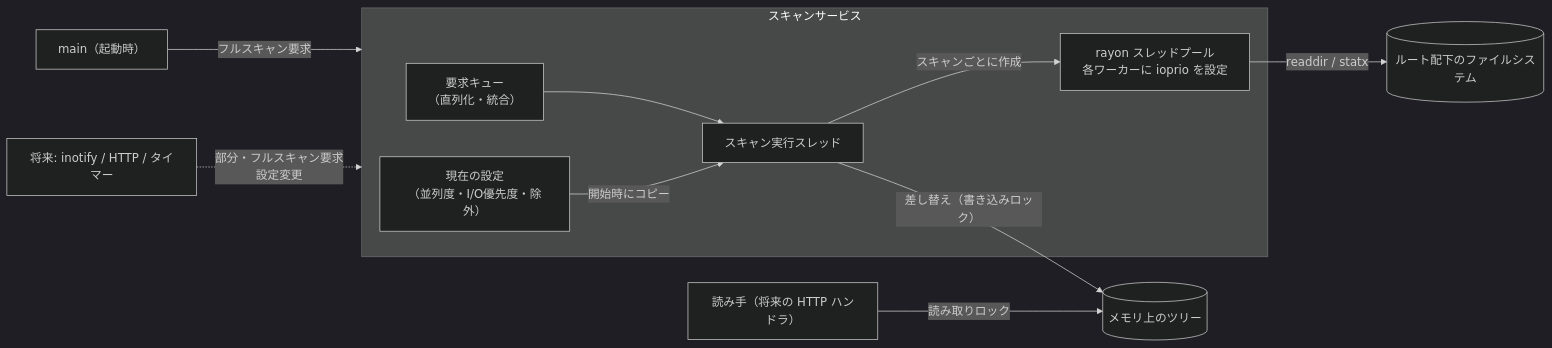
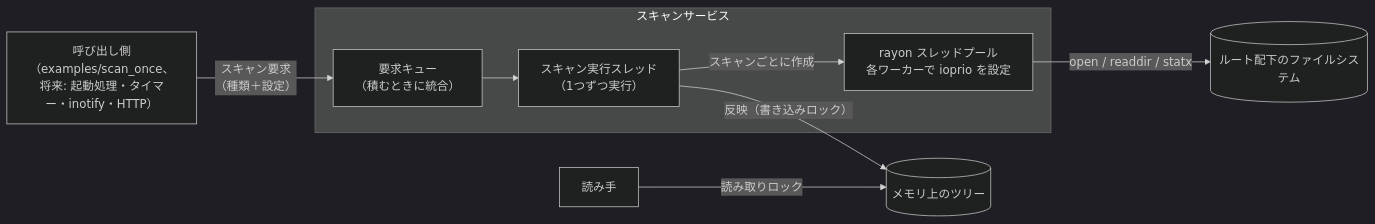
Before and after one commit to yumetodo/suminoe_file_server: the first of 3 diagrams in doc/design/20261101_dir_scan_design.md, drawn with Mermaid (dark theme). The commit also changed other lines of this file, not shown here.

````diff
--- a/doc/design/20261101_dir_scan_design.md
+++ b/doc/design/20261101_dir_scan_design.md
@@ -69,13 +74,11 @@
 ```mermaid
 flowchart LR
-    main["main（起動時）"] -->|フルスキャン要求| svc
-    future["将来: inotify / HTTP / タイマー"] -.->|部分・フルスキャン要求<br>設定変更| svc
+    caller["呼び出し側<br>（examples/scan_once、将来: 起動処理・タイマー・inotify・HTTP）"] -->|スキャン要求<br>（種類＋設定）| q
     subgraph svc["スキャンサービス"]
-        q["要求キュー<br>（直列化・統合）"] --> runner["スキャン実行スレッド"]
-        settings["現在の設定<br>（並列度・I/O優先度・除外）"] -->|開始時にコピー| runner
-        runner -->|スキャンごとに作成| pool["rayon スレッドプール<br>各ワーカーに ioprio を設定"]
+        q["要求キュー<br>（積むときに統合）"] --> runner["スキャン実行スレッド<br>（1つずつ実行）"]
+        runner -->|スキャンごとに作成| pool["rayon スレッドプール<br>各ワーカーで ioprio を設定"]
     end
-    pool -->|readdir / statx| fs[("ルート配下のファイルシステム")]
-    runner -->|差し替え（書き込みロック）| tree[("メモリ上のツリー")]
-    readers["読み手（将来の HTTP ハンドラ）"] -->|読み取りロック| tree
+    pool -->|open / readdir / statx| fs[("ルート配下のファイルシステム")]
+    runner -->|反映（書き込みロック）| tree[("メモリ上のツリー")]
+    readers["読み手"] -->|読み取りロック| tree
 ```
````
